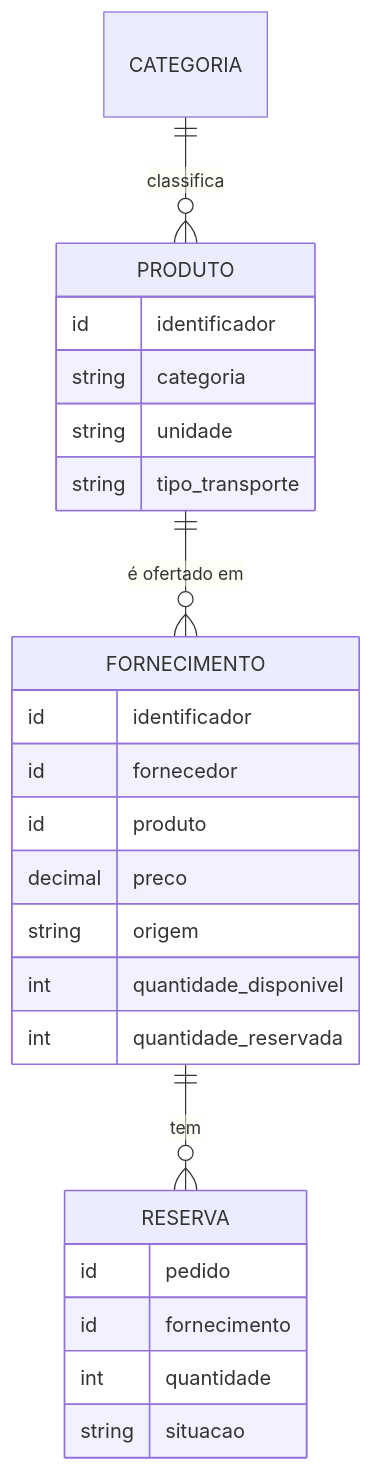
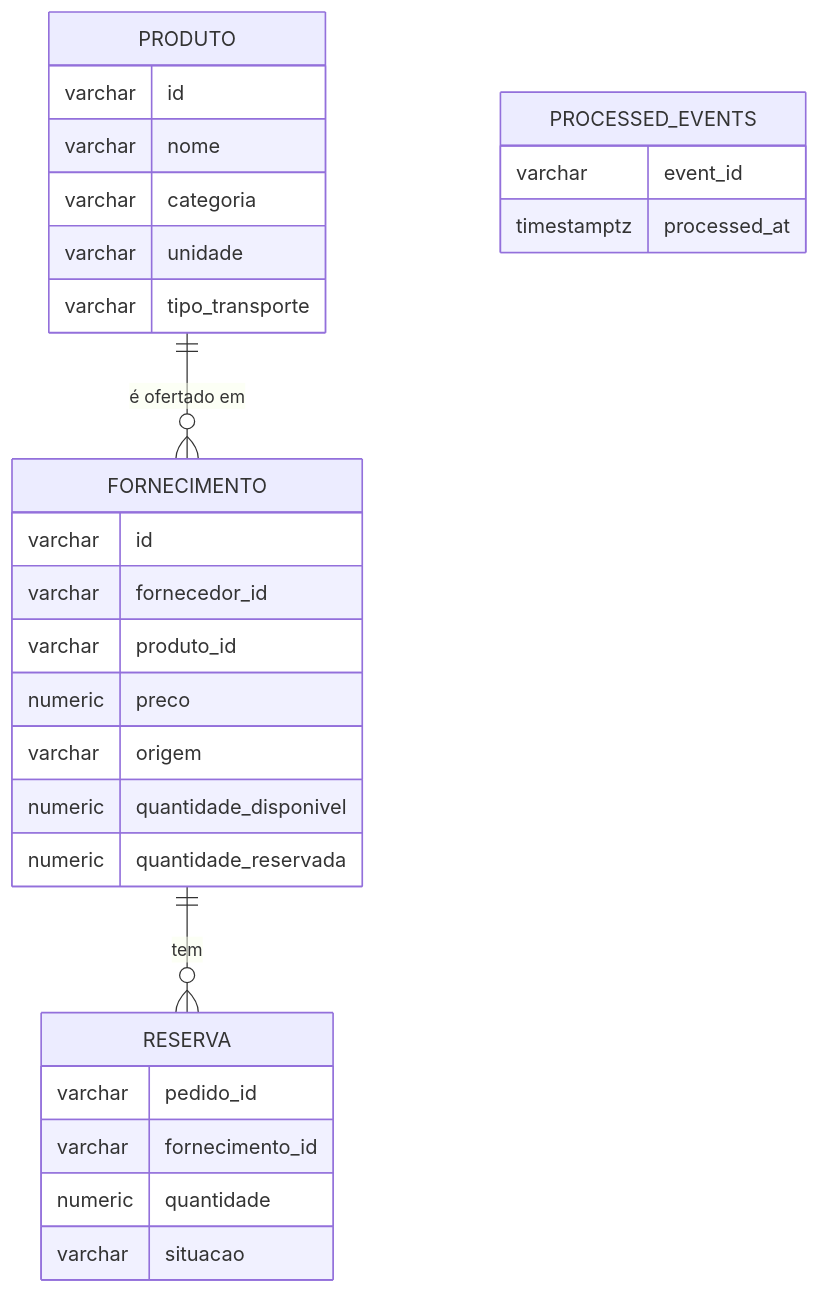
One commit to davicalvarenga/Sistema-MicServ-SD changed the second of 3 diagrams in docs/relatorio-tecnico.md. Above: the diagram before and after it, drawn with Mermaid. The commit also changed other lines of this file and 2 other files, not shown here.

````diff
--- a/docs/relatorio-tecnico.md
+++ b/docs/relatorio-tecnico.md
@@ -108,27 +129,31 @@
 ```mermaid
 erDiagram
-    CATEGORIA ||--o{ PRODUTO : classifica
     PRODUTO ||--o{ FORNECIMENTO : "é ofertado em"
     FORNECIMENTO ||--o{ RESERVA : "tem"
     PRODUTO {
-        id identificador
-        string categoria
-        string unidade
-        string tipo_transporte
+        varchar id
+        varchar nome
+        varchar categoria
+        varchar unidade
+        varchar tipo_transporte
     }
     FORNECIMENTO {
-        id identificador
-        id fornecedor
-        id produto
-        decimal preco
-        string origem
-        int quantidade_disponivel
-        int quantidade_reservada
+        varchar id
+        varchar fornecedor_id
+        varchar produto_id
+        numeric preco
+        varchar origem
+        numeric quantidade_disponivel
+        numeric quantidade_reservada
     }
     RESERVA {
-        id pedido
-        id fornecimento
-        int quantidade
-        string situacao
+        varchar pedido_id
+        varchar fornecimento_id
+        numeric quantidade
+        varchar situacao
+    }
+    PROCESSED_EVENTS {
+        varchar event_id
+        timestamptz processed_at
     }
 ```
````
